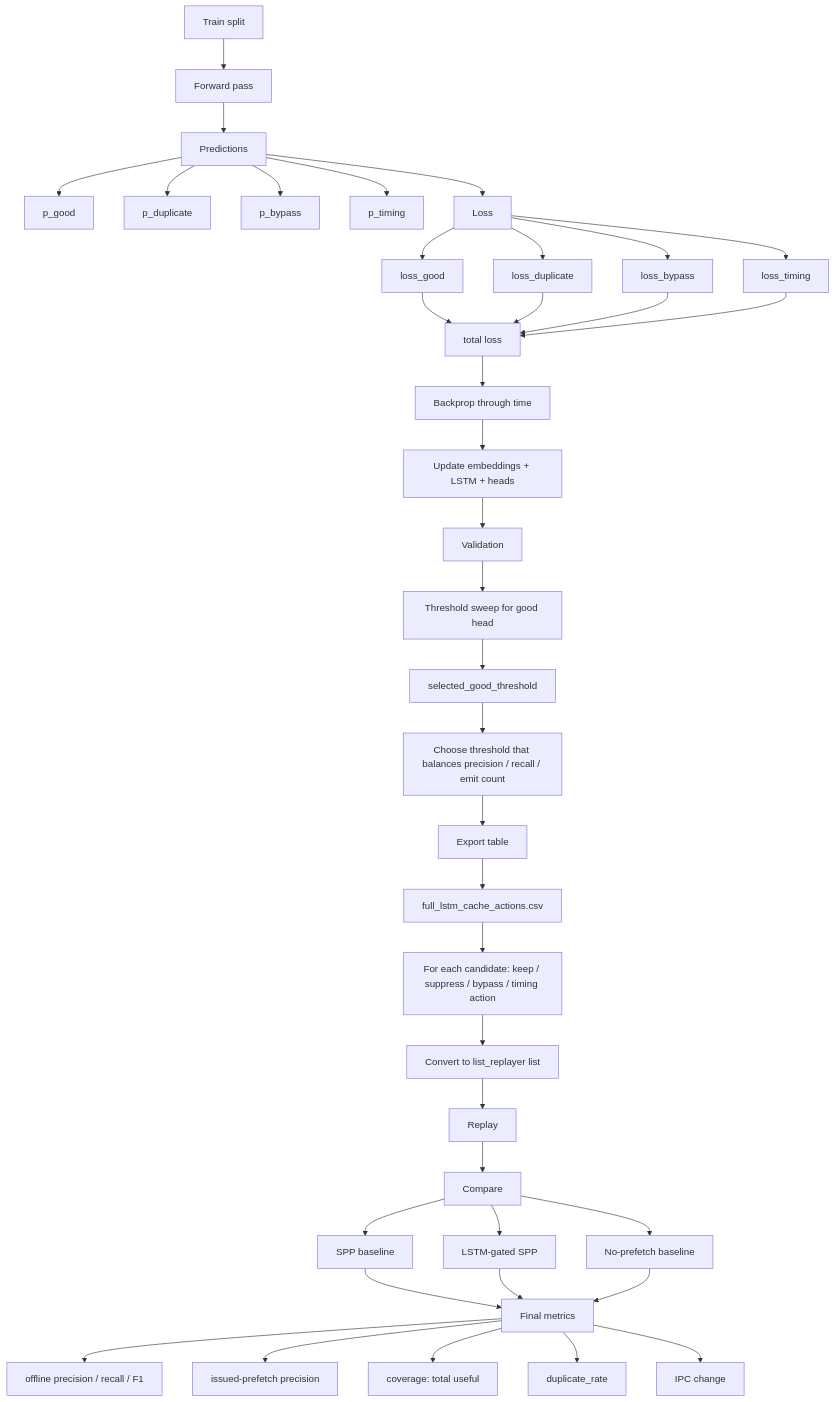
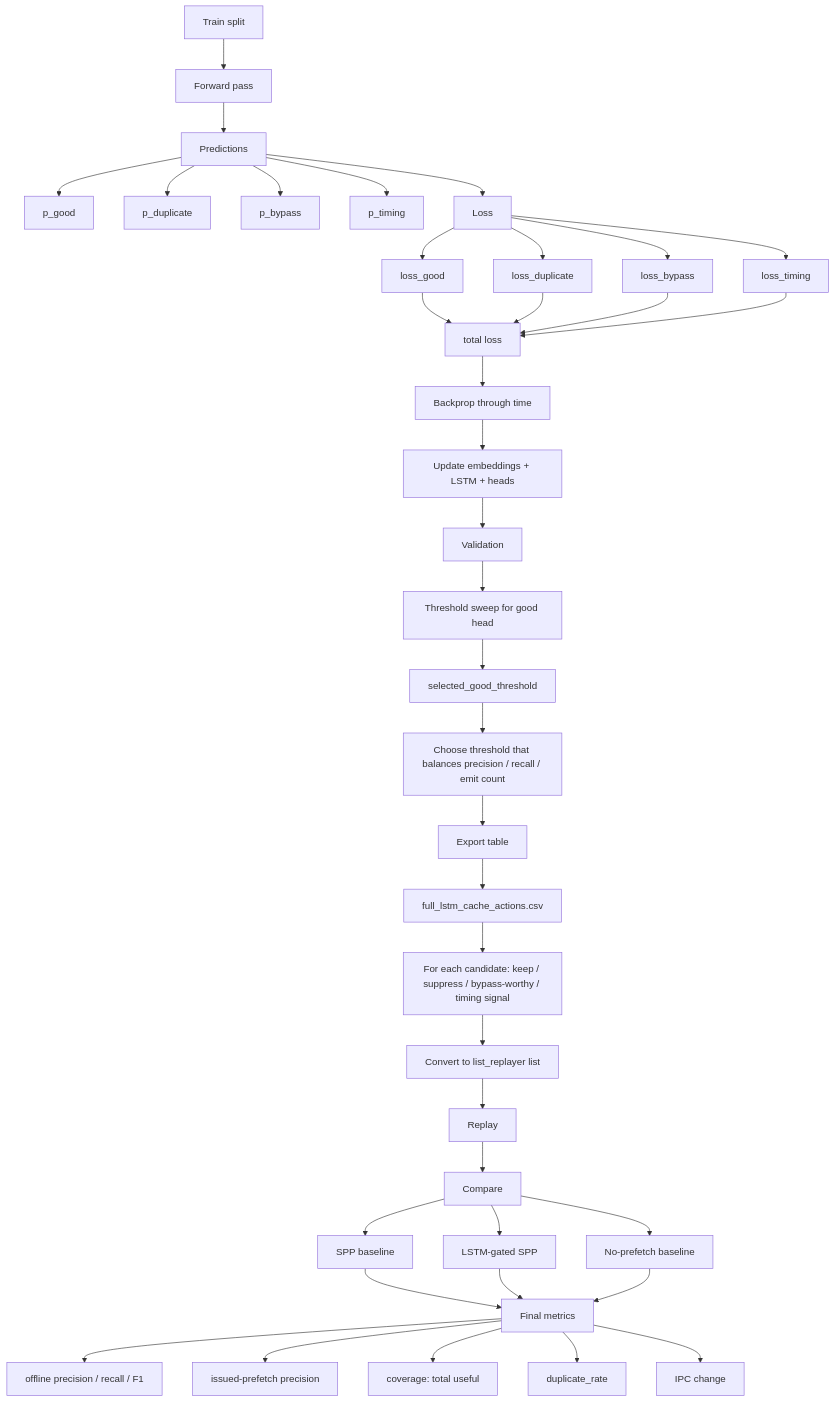
Before and after one commit to Angelawoo572/cache_arch: the fifth of 8 diagrams in formal_NN_training/LSTM_cache_action_pipeline_story.md, drawn with Mermaid. The commit also changed other lines of this file, not shown here.

Commit message:
Tighten LSTM flowchart wording

````diff
--- a/formal_NN_training/LSTM_cache_action_pipeline_story.md
+++ b/formal_NN_training/LSTM_cache_action_pipeline_story.md
@@ -219,51 +219,51 @@
 ```mermaid
 flowchart TD
     A[Train split] --> B[Forward pass]
     B --> C[Predictions]
     C --> C1[p_good]
     C --> C2[p_duplicate]
     C --> C3[p_bypass]
     C --> C4[p_timing]
 
     C --> D[Loss]
     D --> D1[loss_good]
     D --> D2[loss_duplicate]
     D --> D3[loss_bypass]
     D --> D4[loss_timing]
 
     D1 --> E[total loss]
     D2 --> E
     D3 --> E
     D4 --> E
 
     E --> F[Backprop through time]
     F --> G[Update embeddings + LSTM + heads]
 
     G --> H[Validation]
     H --> I[Threshold sweep for good head]
 
     I --> J[selected_good_threshold]
     J --> K[Choose threshold that balances precision / recall / emit count]
 
     K --> L[Export table]
     L --> L1[full_lstm_cache_actions.csv]
-    L1 --> L2[For each candidate: keep / suppress / bypass / timing action]
+    L1 --> L2[For each candidate: keep / suppress / bypass-worthy / timing signal]
 
     L2 --> M[Convert to list_replayer list]
     M --> N[Replay]
     N --> O[Compare]
 
     O --> O1[SPP baseline]
     O --> O2[LSTM-gated SPP]
     O --> O3[No-prefetch baseline]
 
     O1 --> P[Final metrics]
     O2 --> P
     O3 --> P
 
     P --> P1[offline precision / recall / F1]
     P --> P2[issued-prefetch precision]
     P --> P3[coverage: total useful]
     P --> P4[duplicate_rate]
     P --> P5[IPC change]
 ```
````
